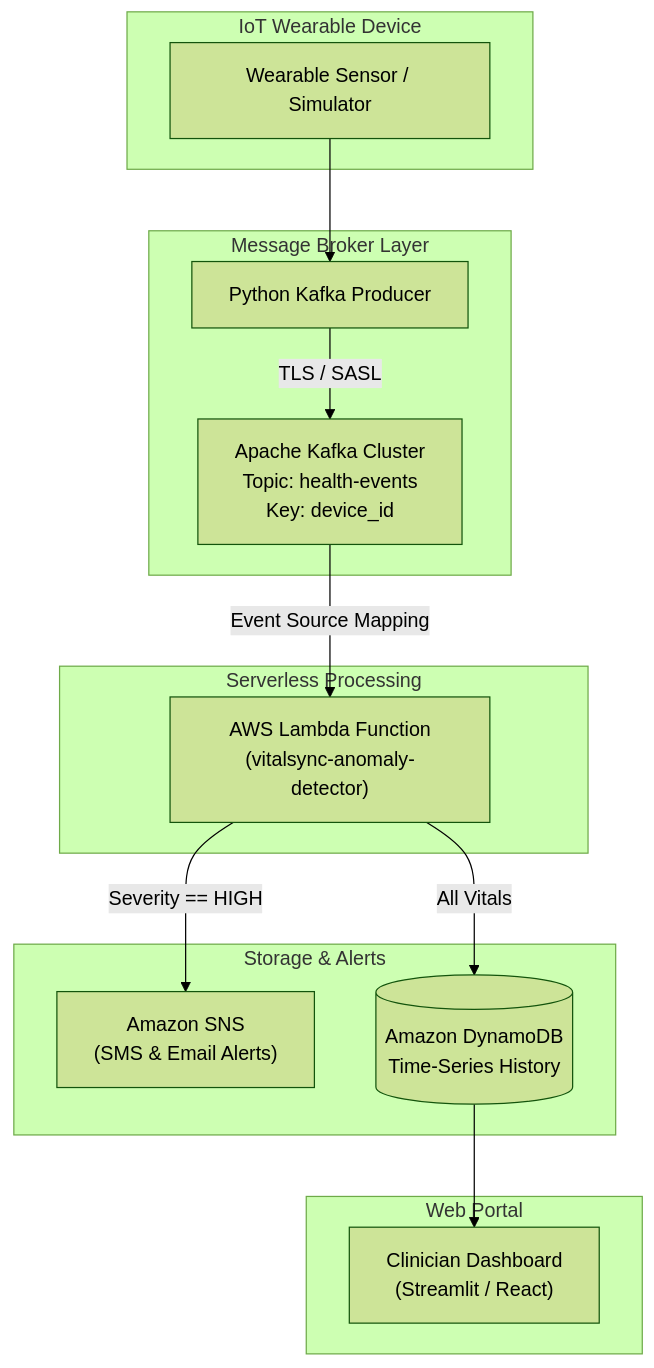
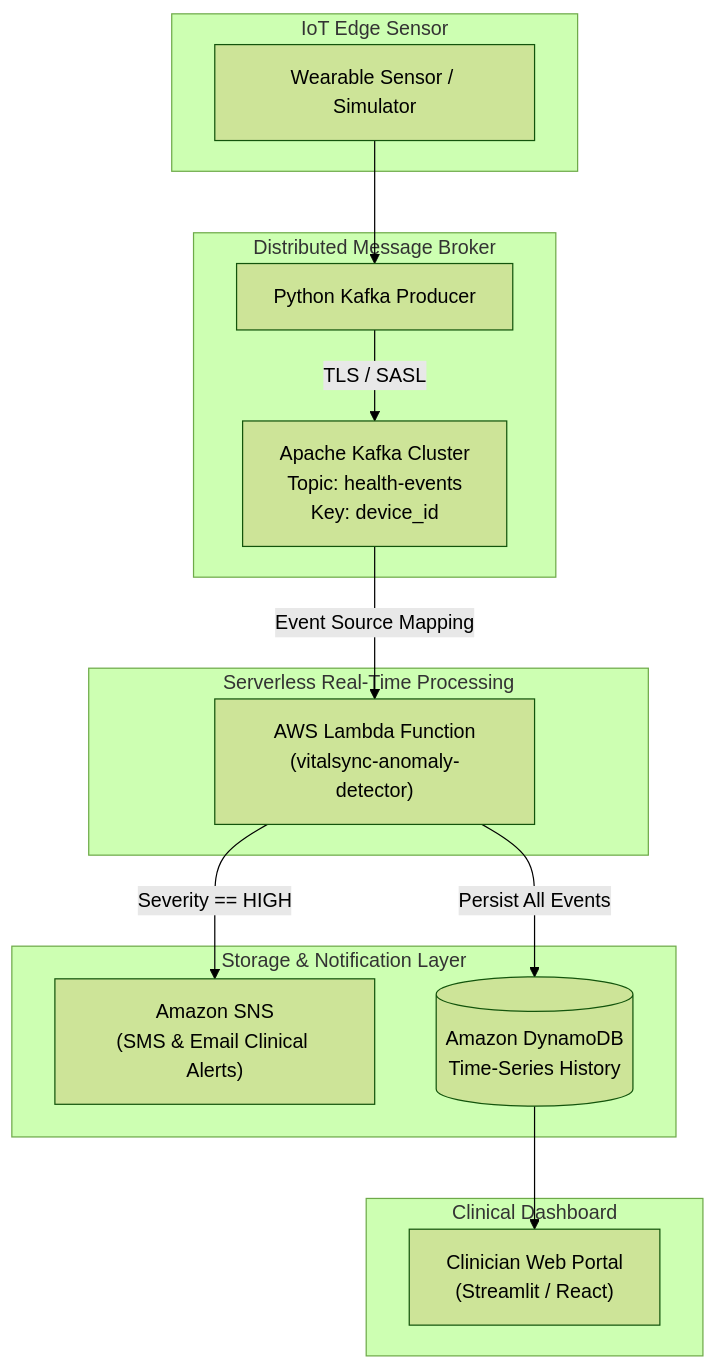
Before and after one commit to komal-004/VitalSync: the second of 2 diagrams in README.md, drawn with Mermaid (forest theme). The commit also changed other lines of this file, not shown here.

Commit message:
docs: comprehensive README with 10 scenarios, macOS & Windows setup, and cloud architecture

````diff
--- a/README.md
+++ b/README.md
@@ -83,31 +83,31 @@
 ```mermaid
 flowchart TD
-    subgraph Wearable["IoT Wearable Device"]
+    subgraph Wearable["IoT Edge Sensor"]
         W["Wearable Sensor / Simulator"]
     end
 
-    subgraph Ingestion["Message Broker Layer"]
+    subgraph Ingestion["Distributed Message Broker"]
         KP["Python Kafka Producer"]
         K["Apache Kafka Cluster<br/>Topic: health-events<br/>Key: device_id"]
     end
 
-    subgraph Compute["Serverless Processing"]
+    subgraph Compute["Serverless Real-Time Processing"]
         L["AWS Lambda Function<br/>(vitalsync-anomaly-detector)"]
     end
 
-    subgraph Persistence["Storage & Alerts"]
-        SNS["Amazon SNS<br/>(SMS & Email Alerts)"]
+    subgraph StorageAlerts["Storage & Notification Layer"]
+        SNS["Amazon SNS<br/>(SMS & Email Clinical Alerts)"]
         DDB[("Amazon DynamoDB<br/>Time-Series History")]
     end
 
-    subgraph Consumer["Web Portal"]
-        DASH["Clinician Dashboard<br/>(Streamlit / React)"]
+    subgraph Consumer["Clinical Dashboard"]
+        DASH["Clinician Web Portal<br/>(Streamlit / React)"]
     end
 
     W --> KP
     KP -->|"TLS / SASL"| K
     K -->|"Event Source Mapping"| L
     L -->|"Severity == HIGH"| SNS
-    L -->|"All Vitals"| DDB
+    L -->|"Persist All Events"| DDB
     DDB --> DASH
 ```
````
